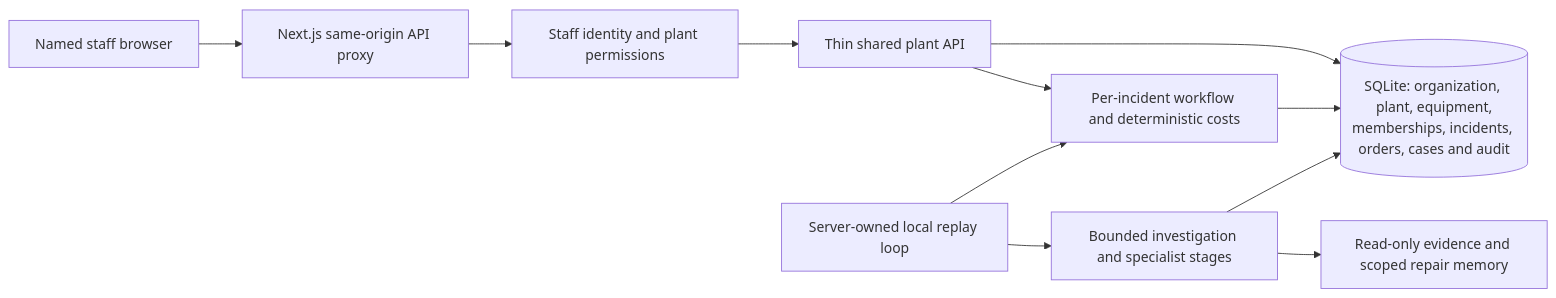
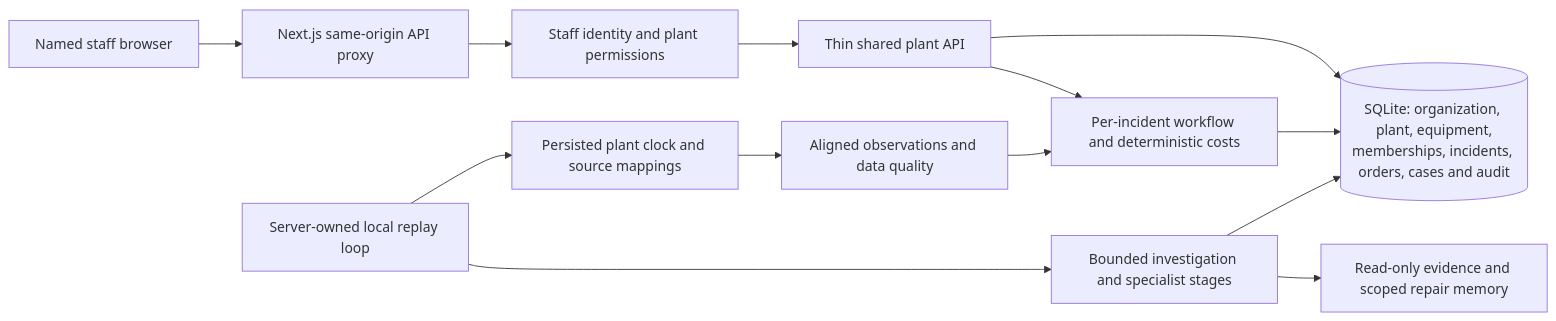
The first of 2 diagrams in docs/architecture.md (PIYUSHBONDE/stop-or-ship), drawn with Mermaid before and after one commit. The commit also changed other lines of this file and 49 other files, not shown here.

Commit message:
feat: coordinate plant monitoring and quality-gated workflows

````diff
--- a/docs/architecture.md
+++ b/docs/architecture.md
@@ -7,13 +9,15 @@
 ```mermaid
 flowchart LR
   Staff[Named staff browser] --> WebLocal[Next.js same-origin API proxy]
   WebLocal --> StaffAccess[Staff identity and plant permissions]
   StaffAccess --> APIlocal[Thin shared plant API]
   APIlocal --> StoreLocal[("SQLite: organization, plant, equipment,<br/>memberships, incidents, orders, cases and audit")]
   APIlocal --> Workflow[Per-incident workflow and deterministic costs]
-  Runtime[Server-owned local replay loop] --> Workflow
+  Runtime[Server-owned local replay loop] --> Clock[Persisted plant clock and source mappings]
+  Clock --> Quality[Aligned observations and data quality]
+  Quality --> Workflow
   Runtime --> Investigator[Bounded investigation and specialist stages]
   Investigator --> Evidence[Read-only evidence and scoped repair memory]
   Workflow --> StoreLocal
   Investigator --> StoreLocal
 ```
````
